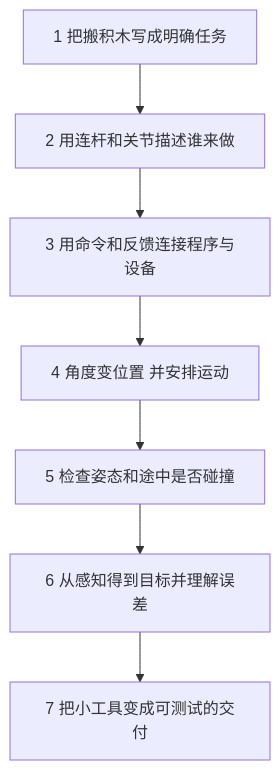
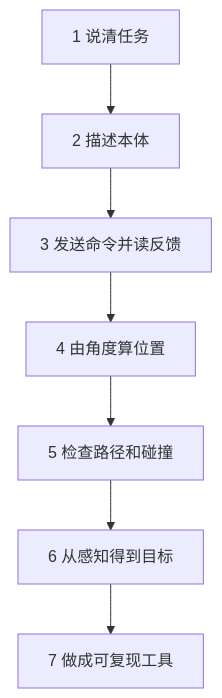
Before and after one commit to hkclr-manipulation-group/trainning_materials: the diagram in WEEK_PLAN.md, drawn with Mermaid. The commit also changed other lines of this file and 12 other files, not shown here.

````diff
--- a/WEEK_PLAN.md
+++ b/WEEK_PLAN.md
@@ -29,9 +21,9 @@
 ```mermaid
 flowchart TD
-    A[1 把搬积木写成明确任务] --> B[2 用连杆和关节描述谁来做]
-    B --> C[3 用命令和反馈连接程序与设备]
-    C --> D[4 角度变位置 并安排运动]
-    D --> E[5 检查姿态和途中是否碰撞]
-    E --> F[6 从感知得到目标并理解误差]
-    F --> G[7 把小工具变成可测试的交付]
+    A[1 说清任务] --> B[2 描述本体]
+    B --> C[3 发送命令并读反馈]
+    C --> D[4 由角度算位置]
+    D --> E[5 检查路径和碰撞]
+    E --> F[6 从感知得到目标]
+    F --> G[7 做成可复现工具]
 ```
````
